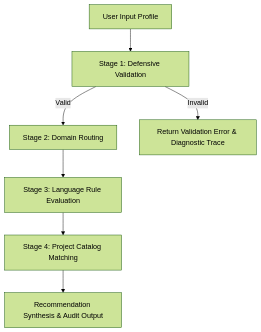
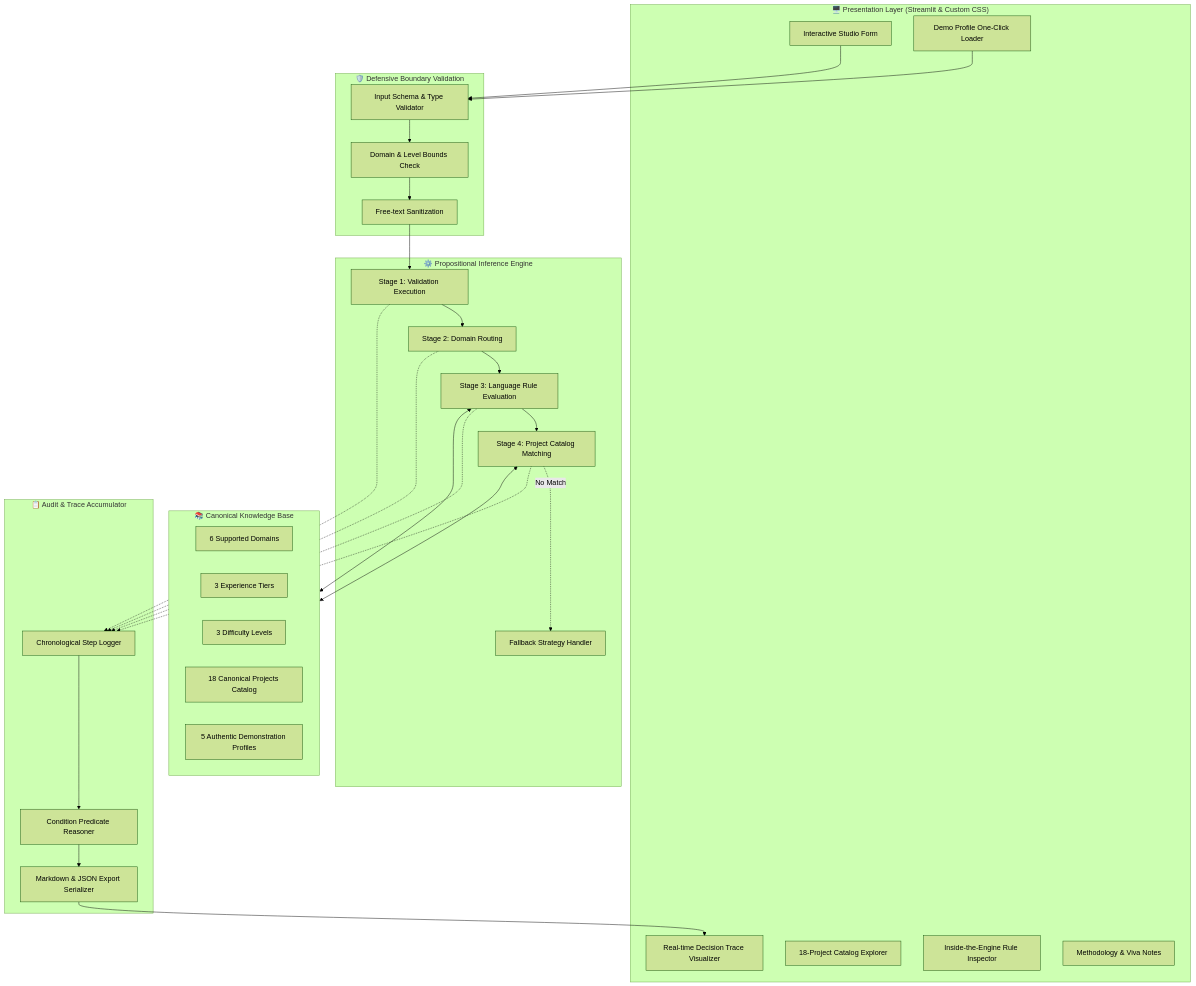
The first of 2 diagrams in README.md (himanshu-jadhav108/ruleroute-programming-recommender), drawn with Mermaid (forest theme) before and after one commit. The commit also changed other lines of this file and 8 other files, not shown here.

Commit message:
feat(seo): add Open Graph social cards, emblem favicon, and top 1% README documentation

````diff
--- a/README.md
+++ b/README.md
@@ -142,9 +99,56 @@
 ```mermaid
 flowchart TD
-    A["User Input Profile"] --> B["Stage 1: Defensive Validation"]
-    B -- Valid --> C["Stage 2: Domain Routing"]
-    B -- Invalid --> ERR["Return Validation Error & Diagnostic Trace"]
-    C --> D["Stage 3: Language Rule Evaluation"]
-    D --> E["Stage 4: Project Catalog Matching"]
-    E --> F["Recommendation Synthesis & Audit Output"]
+    subgraph UI_Layer["🖥️ Presentation Layer (Streamlit & Custom CSS)"]
+        A1["Interactive Studio Form"]
+        A2["Demo Profile One-Click Loader"]
+        A3["Real-time Decision Trace Visualizer"]
+        A4["18-Project Catalog Explorer"]
+        A5["Inside-the-Engine Rule Inspector"]
+        A6["Methodology & Viva Notes"]
+    end
+
+    subgraph Validation_Layer["🛡️ Defensive Boundary Validation"]
+        B1["Input Schema & Type Validator"]
+        B2["Domain & Level Bounds Check"]
+        B3["Free-text Sanitization"]
+    end
+
+    subgraph Inference_Engine["⚙️ Propositional Inference Engine"]
+        C1["Stage 1: Validation Execution"]
+        C2["Stage 2: Domain Routing"]
+        C3["Stage 3: Language Rule Evaluation"]
+        C4["Stage 4: Project Catalog Matching"]
+        C5["Fallback Strategy Handler"]
+    end
+
+    subgraph Diagnostics["📋 Audit & Trace Accumulator"]
+        D1["Chronological Step Logger"]
+        D2["Condition Predicate Reasoner"]
+        D3["Markdown & JSON Export Serializer"]
+    end
+
+    subgraph Knowledge_Base["📚 Canonical Knowledge Base"]
+        E1["6 Supported Domains"]
+        E2["3 Experience Tiers"]
+        E3["3 Difficulty Levels"]
+        E4["18 Canonical Projects Catalog"]
+        E5["5 Authentic Demonstration Profiles"]
+    end
+
+    A1 --> B1
+    A2 --> B1
+    B1 --> B2 --> B3
+    B3 --> C1
+    C1 --> C2
+    C2 --> C3
+    C3 --> C4
+    C4 -.->|No Match| C5
+    C3 <--> Knowledge_Base
+    C4 <--> Knowledge_Base
+    C1 -.-> D1
+    C2 -.-> D1
+    C3 -.-> D1
+    C4 -.-> D1
+    D1 --> D2 --> D3
+    D3 --> A3
 ```
````
